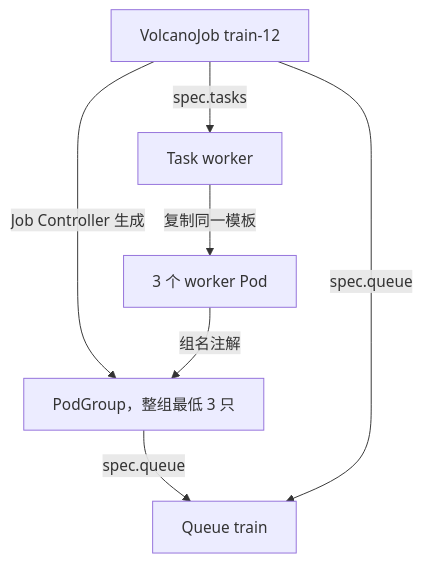
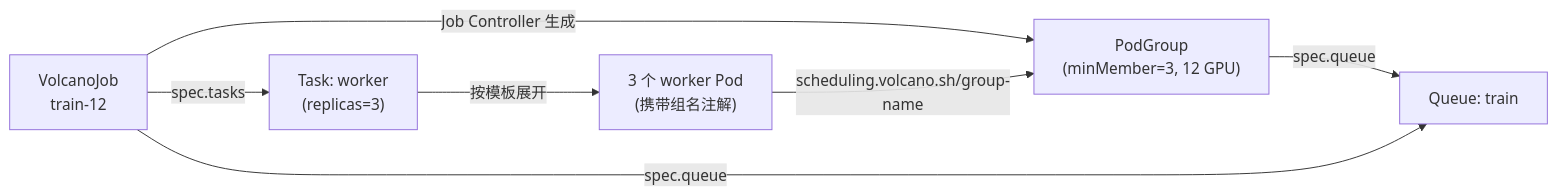
Before and after one commit to realtyz/ops-manual: the second of 2 diagrams in AI-Infra/16_Volcano的作业调度与队列管理/01_Volcano 的定位、对象与组件.md, drawn with Mermaid. The commit also changed other lines of this file and 194 other files, not shown here.

````diff
--- a/AI-Infra/16_Volcano的作业调度与队列管理/01_Volcano 的定位、对象与组件.md
+++ b/AI-Infra/16_Volcano的作业调度与队列管理/01_Volcano 的定位、对象与组件.md
@@ -68,9 +121,10 @@
 ```mermaid
-flowchart
-    J["VolcanoJob train-12"] -->|"spec.tasks"| T["Task worker"]
-    T -->|"复制同一模板"| P["3 个 worker Pod"]
-    J -->|"Job Controller 生成"| G["PodGroup，整组最低 3 只"]
-    P -->|"组名注解"| G
-    G -->|"spec.queue"| Q["Queue train"]
+flowchart LR
+    accDescr: VolcanoJob train-12 对象归属关系图，展示 VolcanoJob 经 Task 模板复制出 3 个 worker Pod，同时由 Job Controller 生成关联的 PodGroup，且 Job 与 PodGroup 共同指向集群级 Queue train。
+    J["VolcanoJob<br/>train-12"] -->|"spec.tasks"| T["Task: worker<br/>(replicas=3)"]
+    T -->|"按模板展开"| P["3 个 worker Pod<br/>(携带组名注解)"]
+    J -->|"Job Controller 生成"| G["PodGroup<br/>(minMember=3, 12 GPU)"]
+    P -->|"scheduling.volcano.sh/group-name"| G
+    G -->|"spec.queue"| Q["Queue: train"]
     J -->|"spec.queue"| Q
 ```
````
